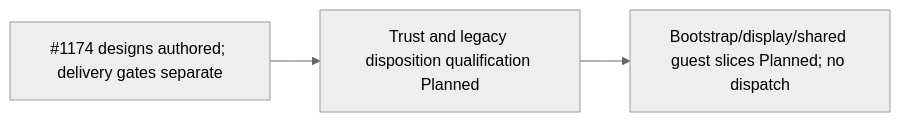
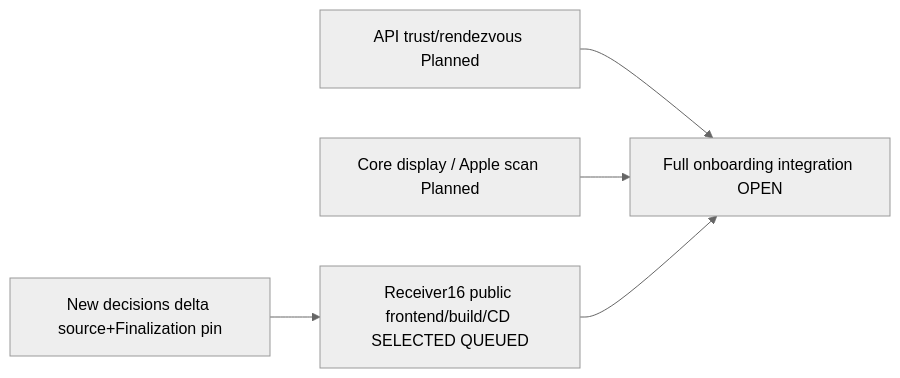
The diagram in docs/roadmap/v1/diagrams/ready-frontier.mmd (pcvantol/djconnect), drawn with Mermaid (neutral theme) before and after one commit. The commit also changed 42 other files, not shown here.

Commit message:
docs: consolidate VibeCast entry decisions and selected receiver bootstrap (#1181)

```diff
--- a/docs/roadmap/v1/diagrams/ready-frontier.mmd
+++ b/docs/roadmap/v1/diagrams/ready-frontier.mmd
@@ -1,3 +1,5 @@
 flowchart LR
-  Docs["#1174 designs authored; delivery gates separate"] --> Trust["Trust and legacy disposition qualification Planned"]
-  Trust --> Join["Bootstrap/display/shared guest slices Planned; no dispatch"]
+  Docs["New decisions delta source+Finalization pin"] --> Public["Receiver16 public frontend/build/CD SELECTED QUEUED"]
+  API["API trust/rendezvous Planned"] --> E2E["Full onboarding integration OPEN"]
+  Core["Core display / Apple scan Planned"] --> E2E
+  Public --> E2E
```
